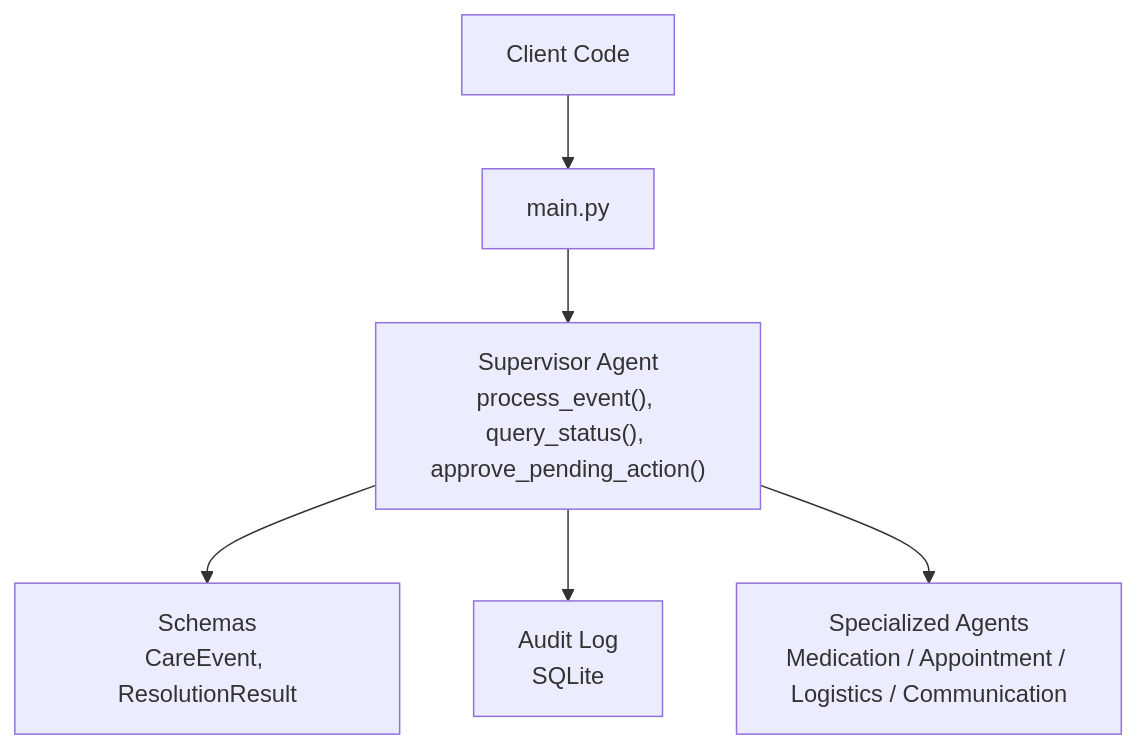
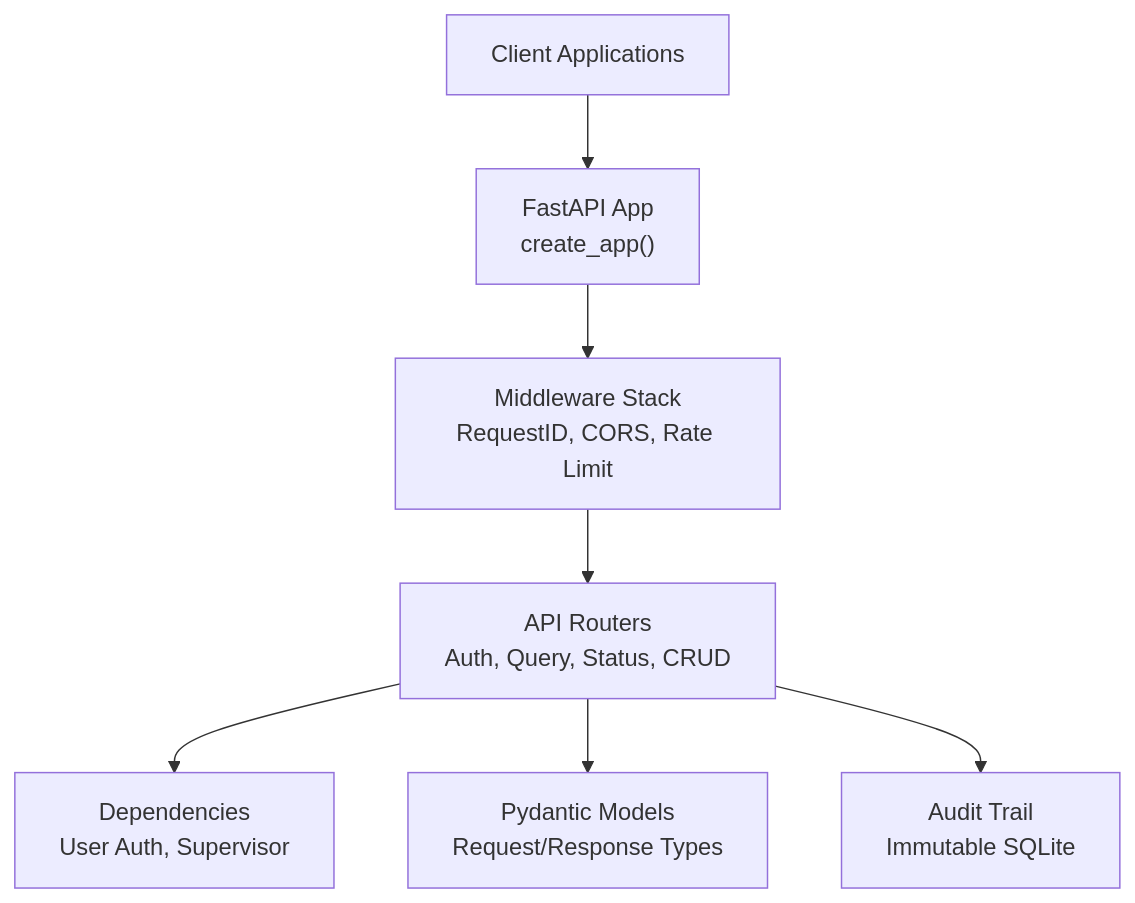
The first of 2 diagrams in .qoder/repowiki/en/content/API Reference/API Reference.md (infamous-rebel/CareBridge), drawn with Mermaid before and after one commit. The commit also changed other lines of this file and 12 other files, not shown here.

````diff
--- a/.qoder/repowiki/en/content/API Reference/API Reference.md
+++ b/.qoder/repowiki/en/content/API Reference/API Reference.md
@@ -39,14 +66,16 @@
 ```mermaid
 graph TB
-Client["Client Code"]
-Main["main.py"]
-Supervisor["Supervisor Agent<br/>process_event(), query_status(), approve_pending_action()"]
-Schemas["Schemas<br/>CareEvent, ResolutionResult"]
-Audit["Audit Log<br/>SQLite"]
-Agents["Specialized Agents<br/>Medication / Appointment / Logistics / Communication"]
+Client["Client Applications"]
+Main["FastAPI App<br/>create_app()"]
+Middleware["Middleware Stack<br/>RequestID, CORS, Rate Limit"]
+Routers["API Routers<br/>Auth, Query, Status, CRUD"]
+Dependencies["Dependencies<br/>User Auth, Supervisor"]
+Schemas["Pydantic Models<br/>Request/Response Types"]
+Audit["Audit Trail<br/>Immutable SQLite"]
 Client --> Main
-Main --> Supervisor
-Supervisor --> Schemas
-Supervisor --> Audit
-Supervisor --> Agents
+Main --> Middleware
+Middleware --> Routers
+Routers --> Dependencies
+Routers --> Schemas
+Routers --> Audit
 ```
````
